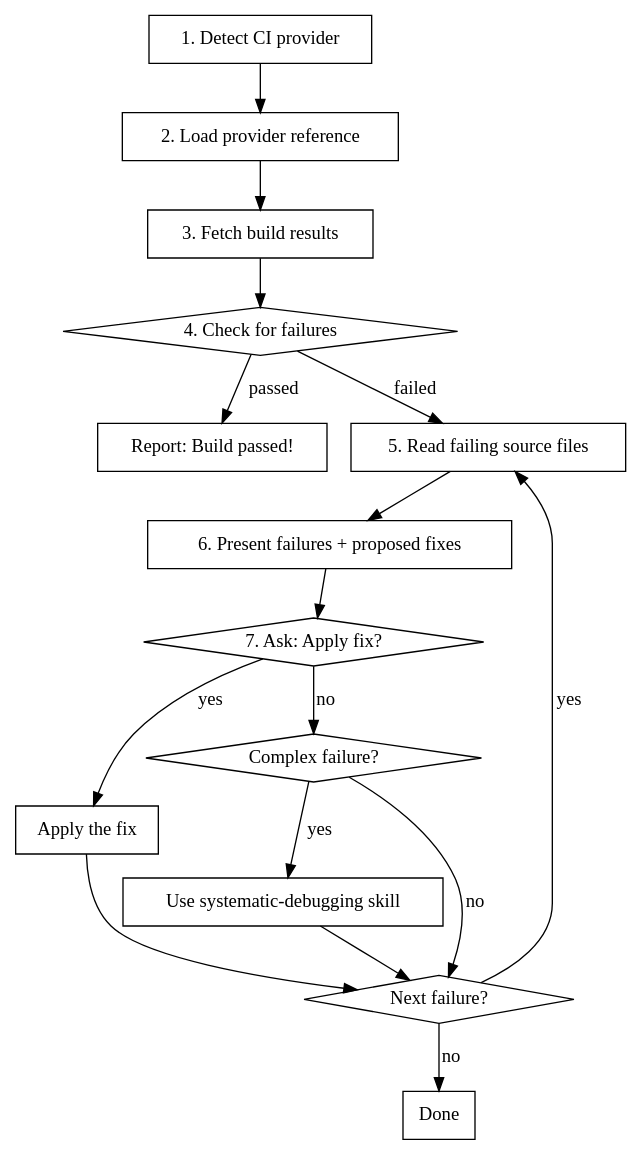
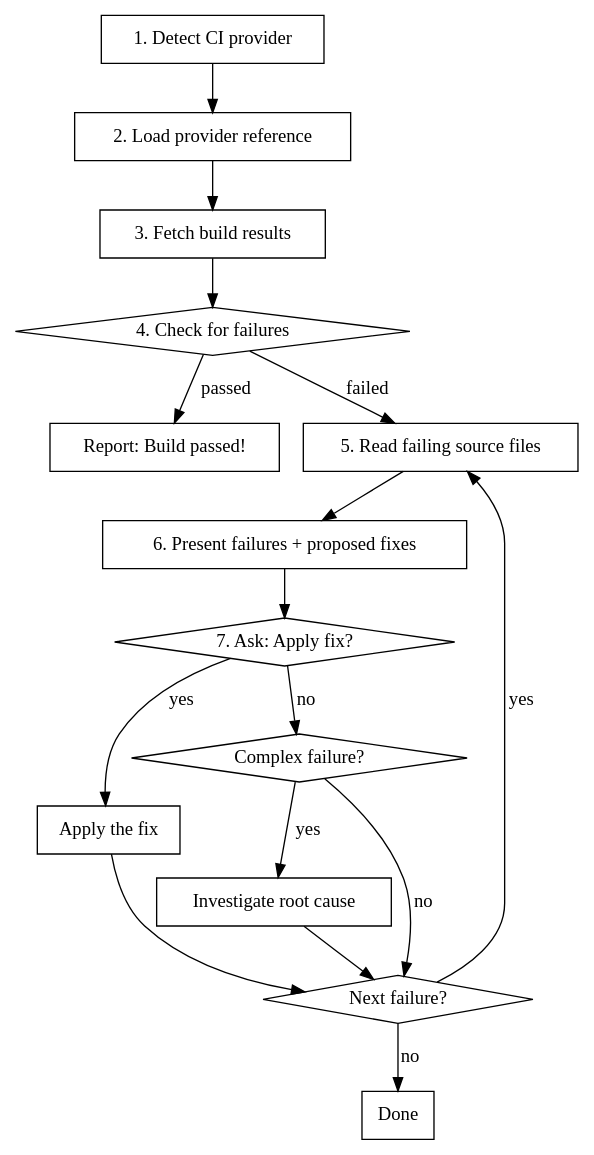
The diagram in agents/skills/fetch-ci-build/SKILL.md (mcasper/dotfiles), drawn with Graphviz before and after one commit. The commit also changed other lines of this file and 42 other files, not shown here.

````diff
--- a/agents/skills/fetch-ci-build/SKILL.md
+++ b/agents/skills/fetch-ci-build/SKILL.md
@@ -45,36 +45,36 @@
 ```dot
 digraph workflow {
     rankdir=TB;
     node [shape=box];
     
     detect [label="1. Detect CI provider"];
     load [label="2. Load provider reference"];
     fetch [label="3. Fetch build results"];
     check [label="4. Check for failures" shape=diamond];
     passed [label="Report: Build passed!"];
     read [label="5. Read failing source files"];
     present [label="6. Present failures + proposed fixes"];
     ask [label="7. Ask: Apply fix?" shape=diamond];
     apply [label="Apply the fix"];
     complex [label="Complex failure?" shape=diamond];
-    debug [label="Use systematic-debugging skill"];
+    debug [label="Investigate root cause"];
     next [label="Next failure?" shape=diamond];
     done [label="Done"];
     
     detect -> load;
     load -> fetch;
     fetch -> check;
     check -> passed [label="passed"];
     check -> read [label="failed"];
     read -> present;
     present -> ask;
     ask -> apply [label="yes"];
     ask -> complex [label="no"];
     apply -> next;
     complex -> debug [label="yes"];
     complex -> next [label="no"];
     debug -> next;
     next -> read [label="yes"];
     next -> done [label="no"];
 }
 ```
````
